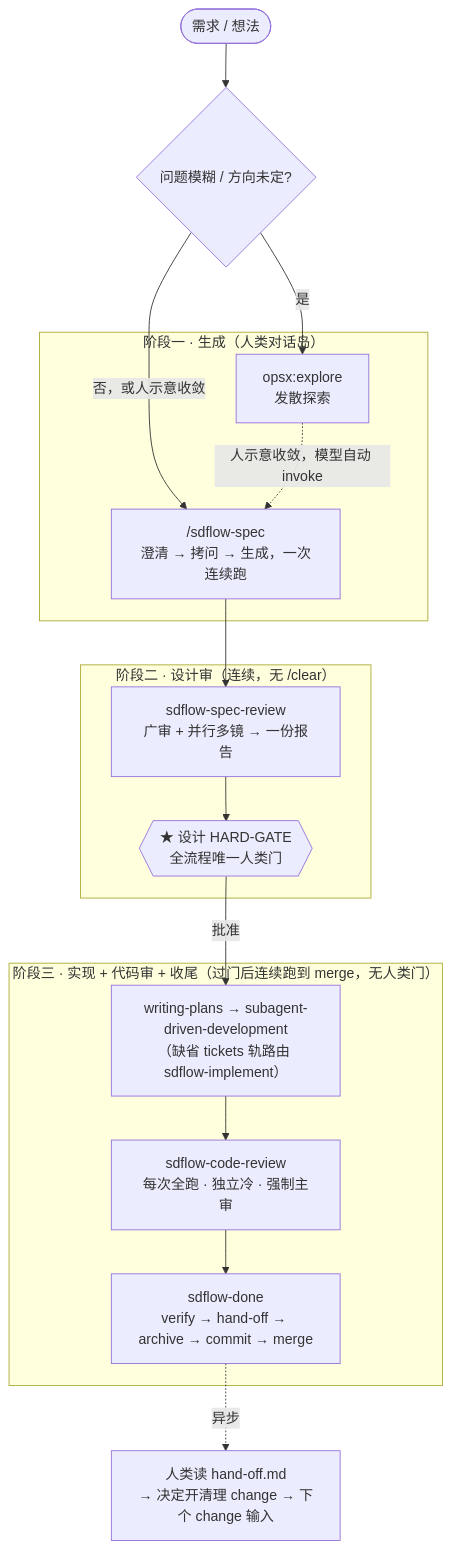
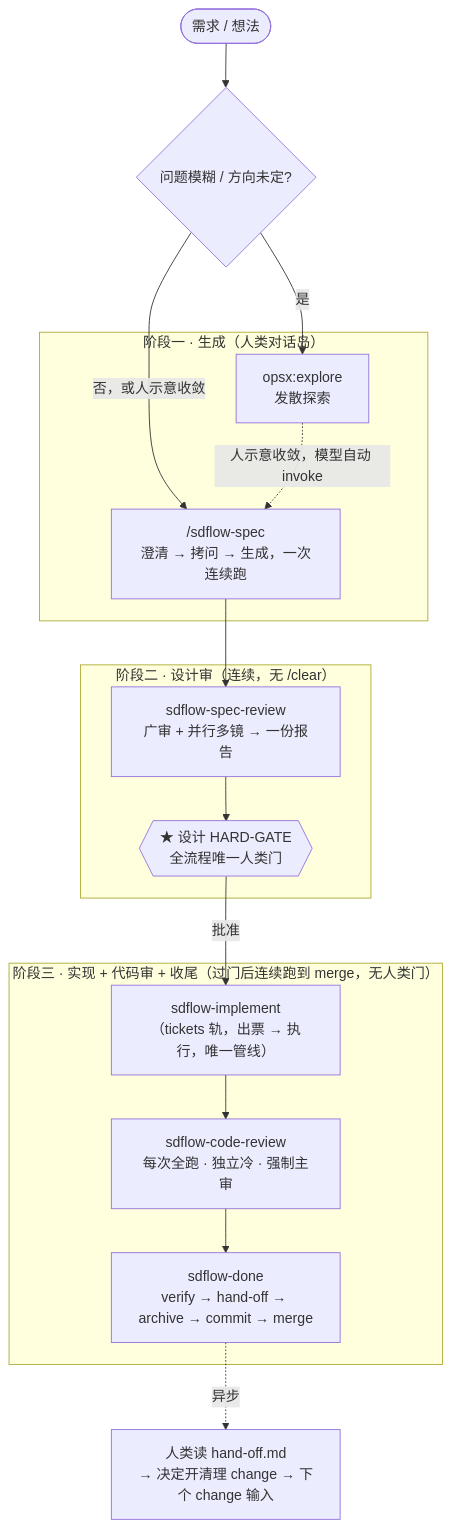
Before and after one commit to laodao-ai/sdflow-skills: the first of 8 diagrams in docs/workflow-overview.md, drawn with Mermaid. The commit also changed other lines of this file and 18 other files, not shown here.

````diff
--- a/docs/workflow-overview.md
+++ b/docs/workflow-overview.md
@@ -26,27 +26,27 @@
 ```mermaid
 flowchart TD
     Start(["需求 / 想法"]) --> EX{"问题模糊 / 方向未定?"}
     EX -->|是| A["opsx:explore<br/>发散探索"]
     EX -->|否，或人示意收敛| SP
     A -.人示意收敛，模型自动 invoke.-> SP["/sdflow-spec<br/>澄清 → 拷问 → 生成，一次连续跑"]
     SP --> D["sdflow-spec-review<br/>广审 + 并行多镜 → 一份报告"]
     D --> E{{"★ 设计 HARD-GATE<br/>全流程唯一人类门"}}
-    E -->|批准| G["writing-plans → subagent-driven-development<br/>（缺省 tickets 轨路由 sdflow-implement）"]
+    E -->|批准| G["sdflow-implement<br/>（tickets 轨，出票 → 执行，唯一管线）"]
     G --> H["sdflow-code-review<br/>每次全跑 · 独立冷 · 强制主审"]
     H --> I["sdflow-done<br/>verify → hand-off → archive → commit → merge"]
     I -.异步.-> J["人类读 hand-off.md<br/>→ 决定开清理 change → 下个 change 输入"]
 
     subgraph 阶段一["阶段一 · 生成（人类对话岛）"]
         A
         SP
     end
     subgraph 阶段二["阶段二 · 设计审（连续，无 /clear）"]
         D
         E
     end
     subgraph 阶段三["阶段三 · 实现 + 代码审 + 收尾（过门后连续跑到 merge，无人类门）"]
         G
         H
         I
     end
 ```
````
